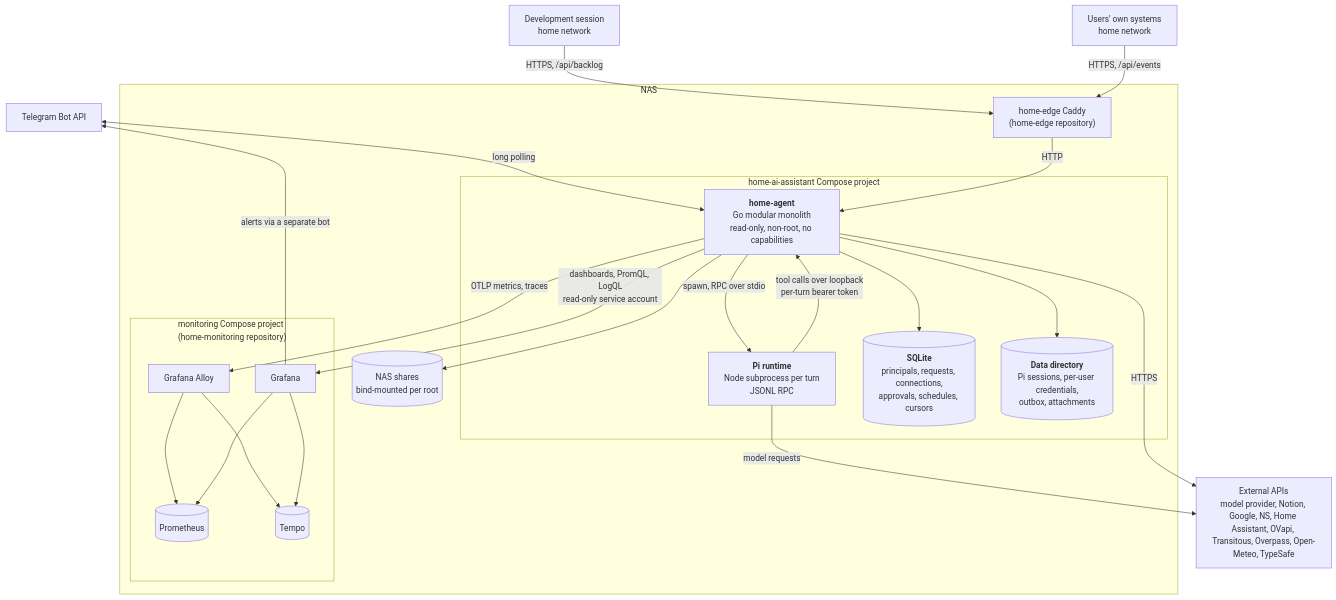
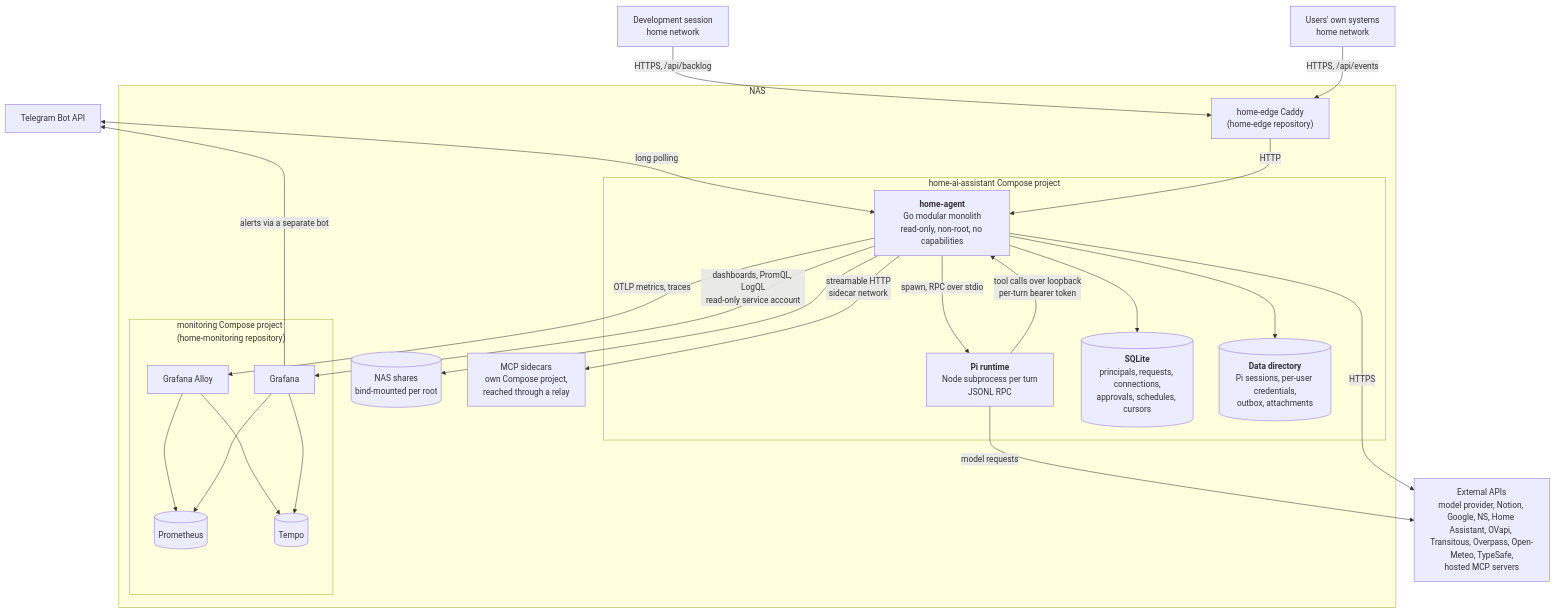
The second of 3 diagrams in docs/architecture.md (vladar107/home-ai-assistant), drawn with Mermaid before and after one commit. The commit also changed other lines of this file and 39 other files, not shown here.

First line of the commit message:
feat: offer MCP servers from an operator catalog

````diff
--- a/docs/architecture.md
+++ b/docs/architecture.md
@@ -57,43 +59,45 @@
 ```mermaid
 flowchart TB
     telegram["Telegram Bot API"]
-    ext["External APIs<br/>model provider, Notion, Google, NS, Home Assistant, OVapi, Transitous, Overpass, Open-Meteo, TypeSafe"]
+    ext["External APIs<br/>model provider, Notion, Google, NS, Home Assistant, OVapi, Transitous, Overpass, Open-Meteo, TypeSafe,<br/>hosted MCP servers"]
 
     subgraph nas["NAS"]
         subgraph app["home-ai-assistant Compose project"]
             go["<b>home-agent</b><br/>Go modular monolith<br/>read-only, non-root, no capabilities"]
             pi["<b>Pi runtime</b><br/>Node subprocess per turn<br/>JSONL RPC"]
             db[("<b>SQLite</b><br/>principals, requests, connections,<br/>approvals, schedules, cursors")]
             files[("<b>Data directory</b><br/>Pi sessions, per-user credentials,<br/>outbox, attachments")]
         end
         subgraph mon["monitoring Compose project<br/>(home-monitoring repository)"]
             alloy["Grafana Alloy"]
             prom[("Prometheus")]
             tempo[("Tempo")]
             grafana["Grafana"]
         end
         caddy["home-edge Caddy<br/>(home-edge repository)"]
         shares[("NAS shares<br/>bind-mounted per root")]
+        sidecars["MCP sidecars<br/>own Compose project,<br/>reached through a relay"]
     end
     dev["Development session<br/>home network"]
     systems["Users' own systems<br/>home network"]
 
     telegram <-->|long polling| go
     go -->|spawn, RPC over stdio| pi
     pi -->|tool calls over loopback<br/>per-turn bearer token| go
     pi -->|model requests| ext
     go -->|HTTPS| ext
     go -->|dashboards, PromQL, LogQL<br/>read-only service account| grafana
     go --> db
     go --> files
     go --> shares
+    go -->|streamable HTTP<br/>sidecar network| sidecars
     go -->|OTLP metrics, traces| alloy
     dev -->|HTTPS, /api/backlog| caddy
     systems -->|HTTPS, /api/events| caddy
     caddy -->|HTTP| go
     alloy --> prom
     alloy --> tempo
     grafana --> prom
     grafana --> tempo
     grafana -->|alerts via a separate bot| telegram
 ```
````
